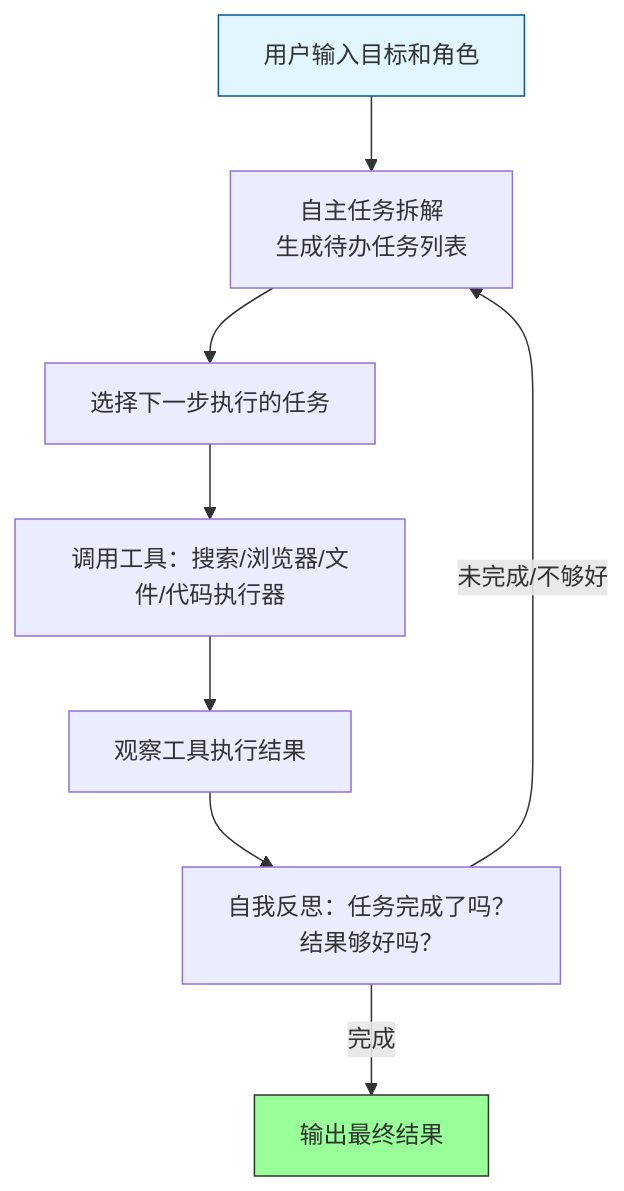
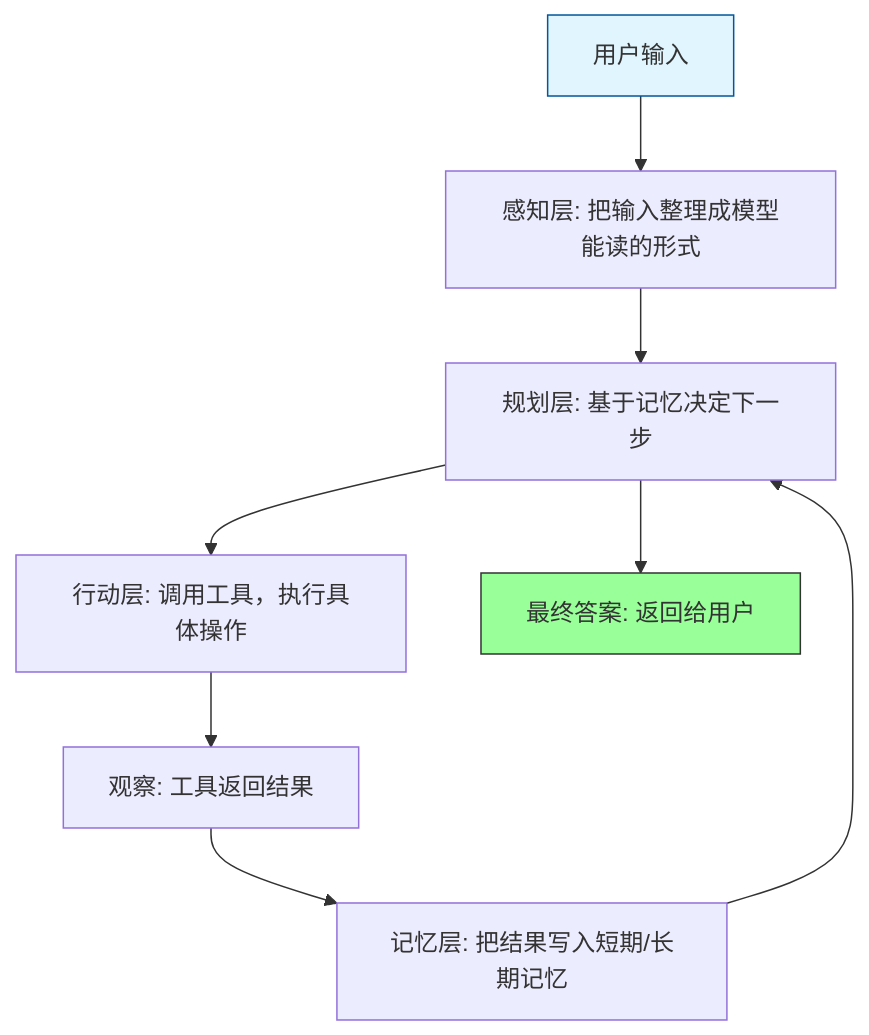
The fourth of 4 diagrams in docs/智能体发展史-从符号主义到-LLM-驱动的智能体演进.md (wizardforcel/llm-interview-qa-500), drawn with Mermaid before and after one commit. The commit also changed other lines of this file, not shown here.

````diff
--- a/docs/智能体发展史-从符号主义到-LLM-驱动的智能体演进.md
+++ b/docs/智能体发展史-从符号主义到-LLM-驱动的智能体演进.md
@@ -725,13 +2044,13 @@
 ```mermaid
 flowchart TD
-    A[用户输入目标和角色] --> B[自主任务拆解<br/>生成待办任务列表]
-    B --> C[选择下一步执行的任务]
-    C --> D[调用工具：搜索/浏览器/文件/代码执行器]
-    D --> E[观察工具执行结果]
-    E --> F[自我反思：任务完成了吗？<br/>结果够好吗？]
-    F -- 未完成/不够好 --> B
-    F -- 完成 --> G[输出最终结果]
+    A[用户输入] --> B[感知层: 把输入整理成模型能读的形式]
+    B --> C[规划层: 拆成步骤，决定调什么工具]
+    C --> D[行动层: 调用工具，执行具体操作]
+    D --> E[观察: 工具返回结果]
+    E --> F[记忆层: 把结果写入短期/长期记忆]
+    F --> C[规划层: 基于记忆决定下一步]
+    C --> G[最终答案: 返回给用户]
     
     style A fill:#e1f5fe,stroke:#01579b
     style G fill:#9f9,stroke:#333
 ```
````
